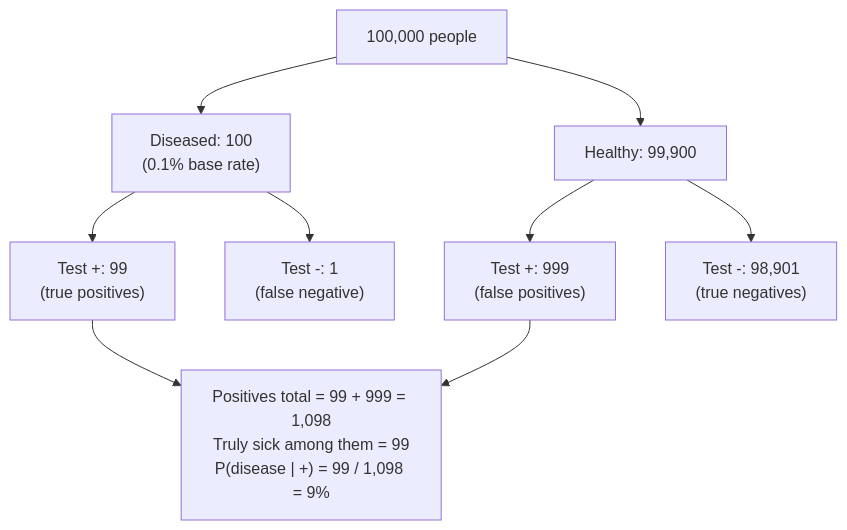
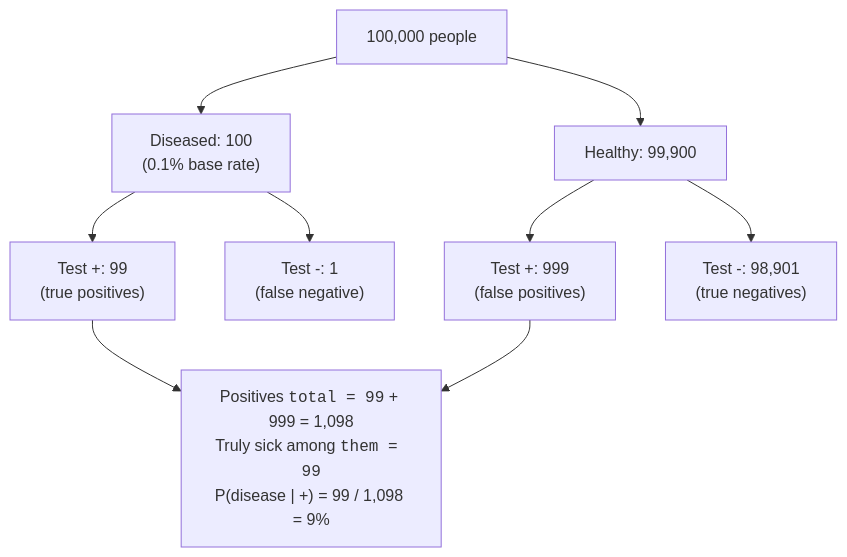
The fourth of 4 diagrams in content/learn/statistics-for-data-science-python/conditional-probability.mdx (dataslope/dataslope), drawn with Mermaid before and after one commit. The commit also changed 100 other files, not shown here.

First line of the commit message:
Wrap more code in diagram labels: filenames, hex, assignments, subgraph titles

````diff
--- a/content/learn/statistics-for-data-science-python/conditional-probability.mdx
+++ b/content/learn/statistics-for-data-science-python/conditional-probability.mdx
@@ -198,11 +198,11 @@
 ```mermaid
 flowchart TD
   P["100,000 people"] --> D["Diseased: 100<br/>(0.1% base rate)"]
   P --> H["Healthy: 99,900"]
   D --> DP["Test +: 99<br/>(true positives)"]
   D --> DN["Test -: 1<br/>(false negative)"]
   H --> HP["Test +: 999<br/>(false positives)"]
   H --> HN["Test -: 98,901<br/>(true negatives)"]
-  DP --> R["Positives total = 99 + 999 = 1,098<br/>Truly sick among them = 99<br/>P(disease | +) = 99 / 1,098 = 9%"]
+  DP --> R["Positives <code>total = 99</code> + 999 = 1,098<br/>Truly sick among <code>them = 99</code><br/>P(disease | +) = 99 / 1,098 = 9%"]
   HP --> R
 ```
````
